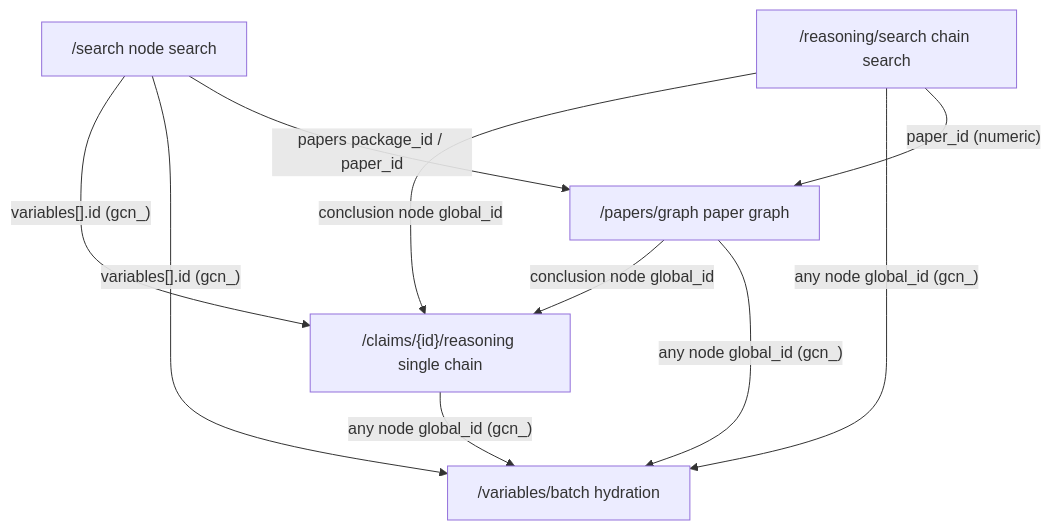
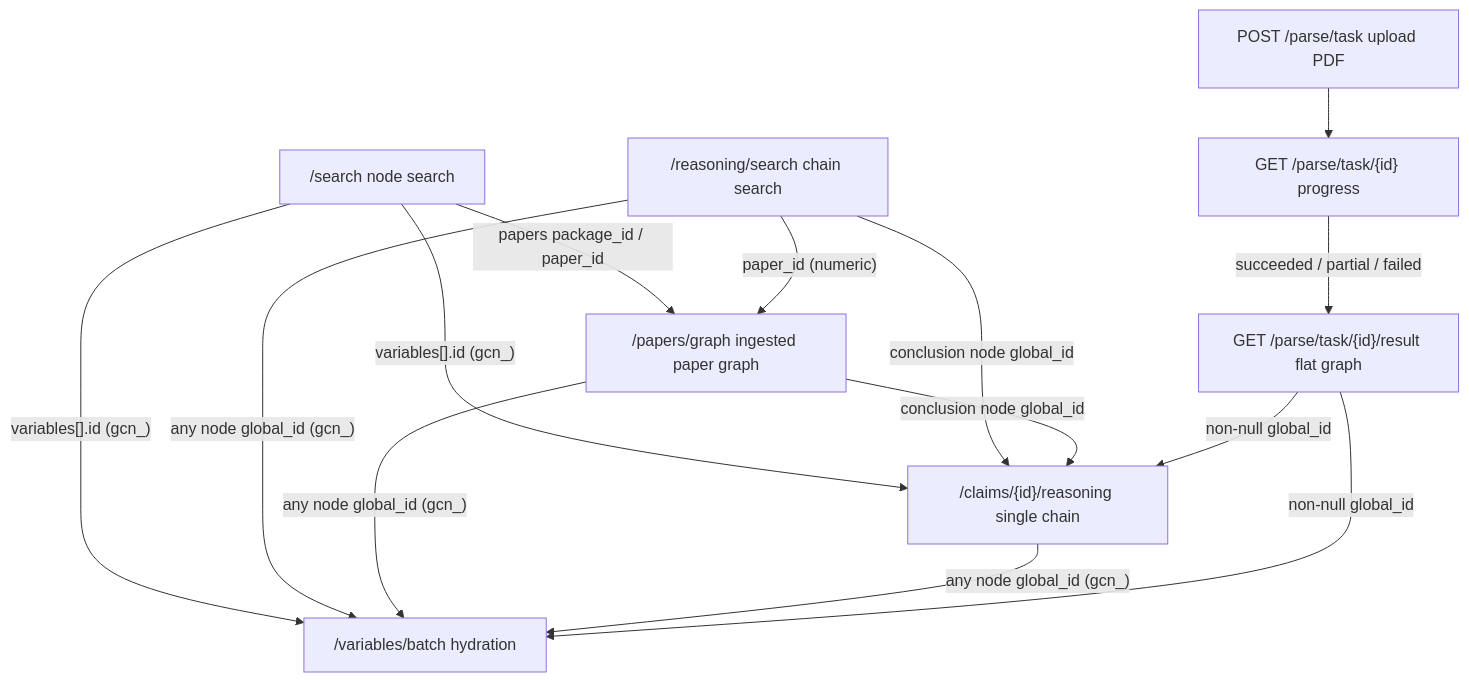
The diagram in en/bohrium-lkm/SKILL.md (dptech-corp/bohrium-skills), drawn with Mermaid before and after one commit. The commit also changed other lines of this file and 5 other files, not shown here.

First line of the commit message:
Document LKM async PDF parse in the bohrium-lkm skill.

````diff
--- a/en/bohrium-lkm/SKILL.md
+++ b/en/bohrium-lkm/SKILL.md
@@ -53,18 +57,25 @@
 ```mermaid
 flowchart TD
     search["/search node search"]
     rsearch["/reasoning/search chain search"]
-    pgraph["/papers/graph paper graph"]
+    pgraph["/papers/graph ingested paper graph"]
     creason["/claims/{id}/reasoning single chain"]
     batch["/variables/batch hydration"]
+    parse["POST /parse/task upload PDF"]
+    pstatus["GET /parse/task/{id} progress"]
+    presult["GET /parse/task/{id}/result flat graph"]
 
     search -->|"variables[].id (gcn_)"| creason
     search -->|"variables[].id (gcn_)"| batch
     search -->|"papers package_id / paper_id"| pgraph
     rsearch -->|"conclusion node global_id"| creason
     rsearch -->|"any node global_id (gcn_)"| batch
     rsearch -->|"paper_id (numeric)"| pgraph
     pgraph -->|"conclusion node global_id"| creason
     pgraph -->|"any node global_id (gcn_)"| batch
     creason -->|"any node global_id (gcn_)"| batch
+    parse --> pstatus
+    pstatus -->|"succeeded / partial / failed"| presult
+    presult -->|"non-null global_id"| creason
+    presult -->|"non-null global_id"| batch
 ```
````
